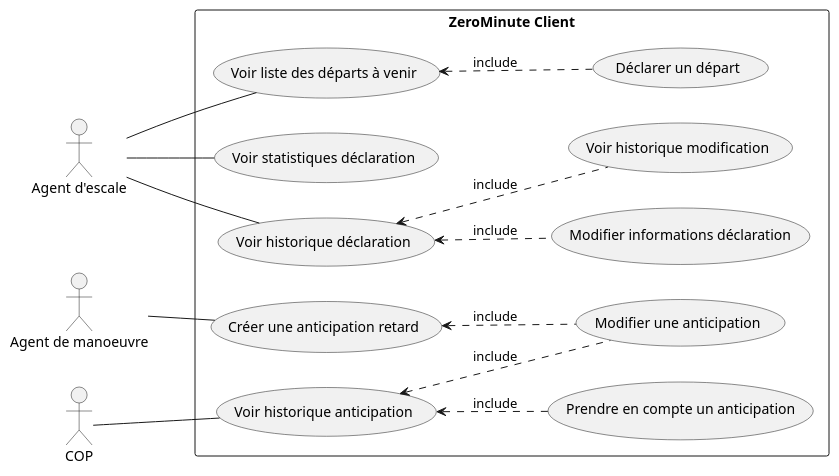
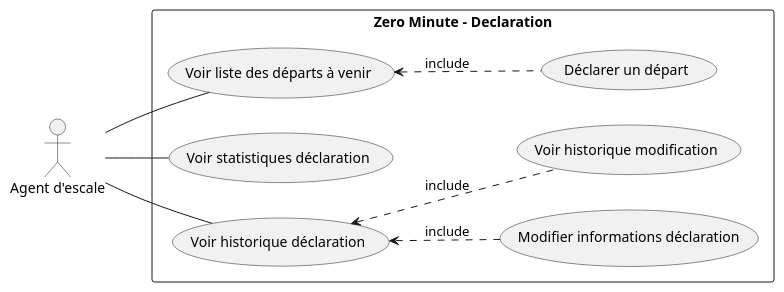
Before and after one commit to MonsieurMan/ReportBuilder: the diagram in files/diagrams/zero-minute-client.pu, drawn with PlantUML. The commit also changed 7 other files, not shown here.

```diff
--- a/files/diagrams/zero-minute-client.pu
+++ b/files/diagrams/zero-minute-client.pu
@@ -1,34 +1,24 @@
 @startuml zerominute-usecase
 
 left to right direction
 skinparam packageStyle rectangle
 skinparam monochrome true
 skinparam shadowing false
 
 :Agent d'escale: as ASC
-:Agent de manoeuvre: as AM
-:COP: as COP
 
-rectangle "ZeroMinute Client" {
+rectangle "Zero Minute - Declaration" {
     (Voir liste des départs à venir) as vListDep
     (Voir statistiques déclaration) as vStatDec
-    (Voir historique anticipation) as vHistAnt 
-    (Créer une anticipation retard) as cAnt
-    (Modifier une anticipation) as mAnt
     (Déclarer un départ) as cDec
     (Voir historique déclaration) as vHistDec
     
-    COP -- vHistAnt
-    AM -- cAnt
     ASC -- vHistDec
     ASC -- vStatDec
     ASC -- vListDep
     
     vHistDec <.. (Modifier informations déclaration) : include
     vHistDec <.. (Voir historique modification) : include
     vListDep <.. cDec : include
-    cAnt <.. mAnt : include
-    vHistAnt <.. mAnt : include
-    vHistAnt <.. (Prendre en compte un anticipation) : include
 }
 @enduml
```
